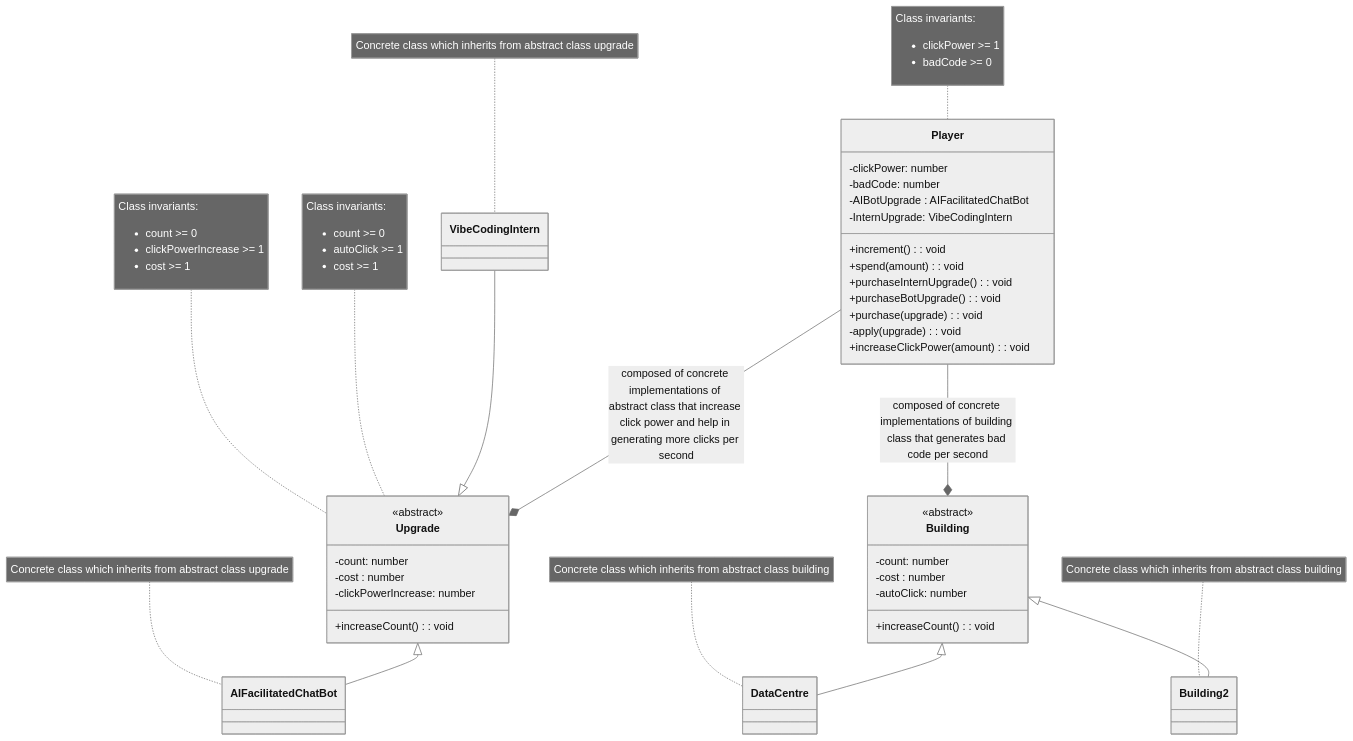
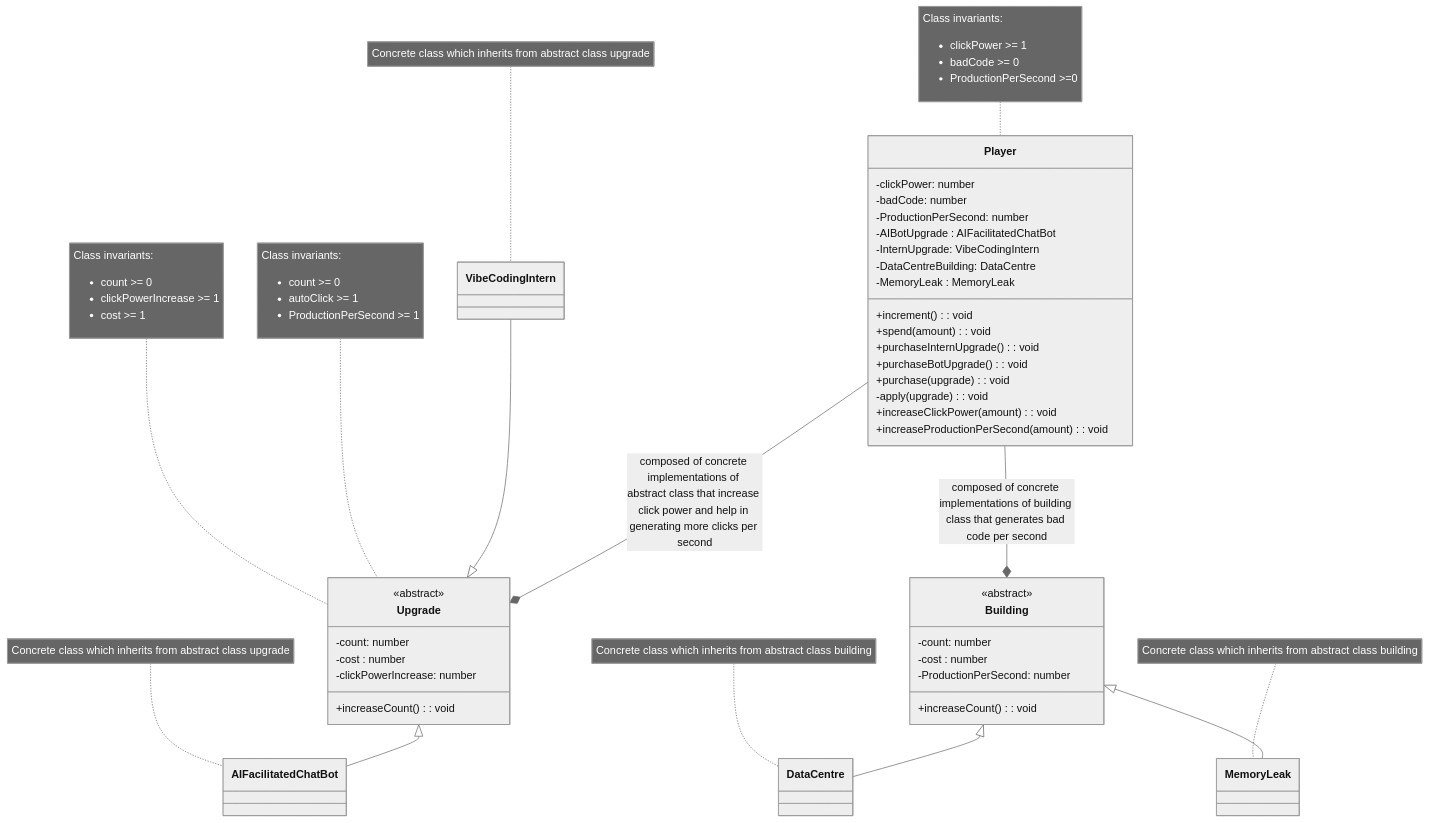
One commit to MoulikB/2452-project changed the diagram in domain.md. Above: the diagram before and after it, drawn with Mermaid (neutral theme). The commit also changed 6 other files, not shown here.

Commit message:
Updated readme, domain and flows and implemented a basic version of the model files for buildings

```diff
--- a/domain.md
+++ b/domain.md
@@ -14,8 +14,11 @@
 class Player {
     -clickPower: number
     -badCode: number
+    -ProductionPerSecond: number
     -AIBotUpgrade : AIFacilitatedChatBot
     -InternUpgrade: VibeCodingIntern
+    -DataCentreBuilding: DataCentre
+    -MemoryLeak : MemoryLeak
     +increment() : void
     +spend(amount): void
     +purchaseInternUpgrade(): void
@@ -23,12 +26,14 @@
     +purchase(upgrade): void
     -apply(upgrade): void
     +increaseClickPower(amount): void
+    +increaseProductionPerSecond(amount): void
 }
 
 note for Player "Class invariants:
 <ul>
 <li>clickPower >= 1</li>
 <li>badCode >= 0</li>
+<li>ProductionPerSecond >=0 </li>
 </ul>"
 
 class Upgrade {
@@ -66,26 +71,26 @@
     <<abstract>>
     -count: number
     -cost : number
-    -autoClick: number
+    -ProductionPerSecond: number
     +increaseCount(): void
 }
 
 class DataCentre
 
-class Building2
+class MemoryLeak
 
 note for Upgrade "Class invariants:
 <ul>
-<li>count >= 0</li>
-<li>autoClick >= 1</li>
-<li>cost >= 1</li>
+<li> count >= 0</li>
+<li> autoClick >= 1</li>
+<li> ProductionPerSecond >= 1 </li>
 </ul>"
 
 note for DataCentre "Concrete class which inherits from abstract class building"
-note for Building2 "Concrete class which inherits from abstract class building"
+note for MemoryLeak "Concrete class which inherits from abstract class building"
 
 Building <|-- DataCentre
-Building <|-- Building2
+Building <|-- MemoryLeak
 
 
 
```
